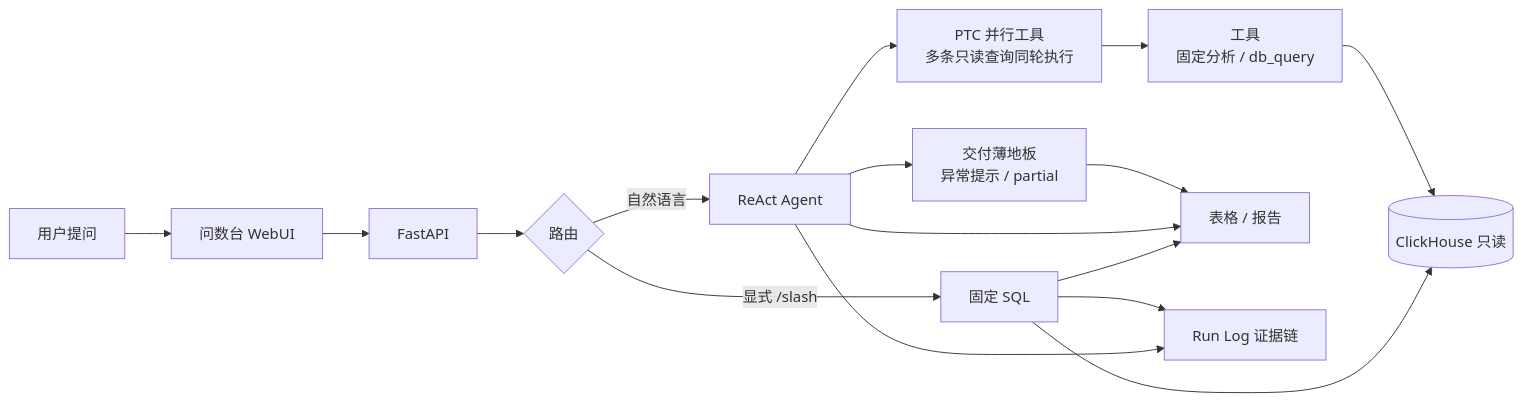
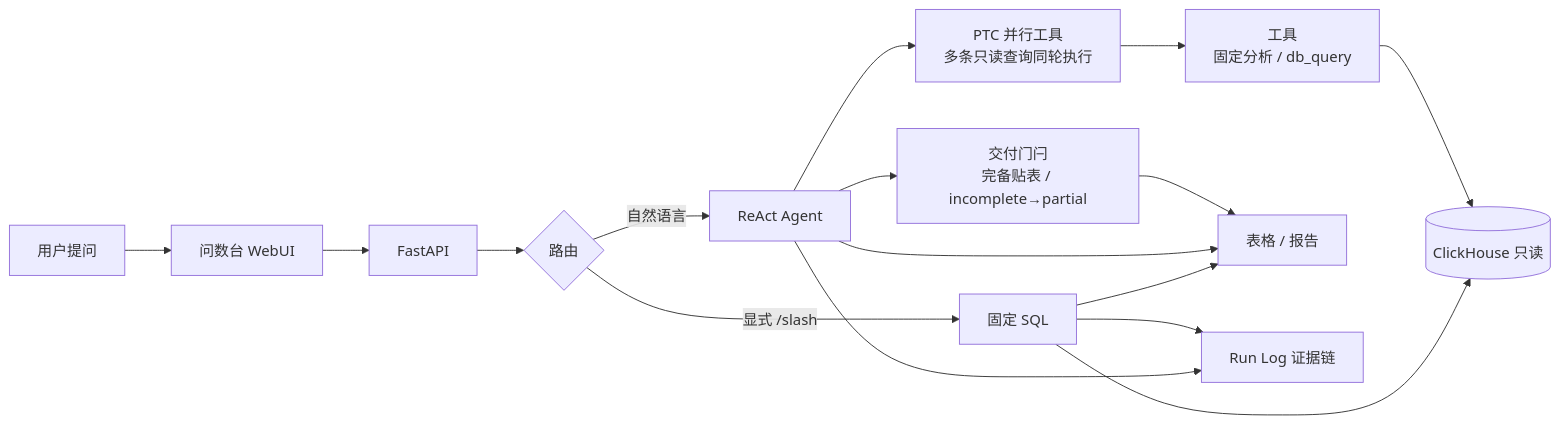
One commit to Jehuty-ML/nl2sql-agent changed the diagram in README.md. Above: the diagram before and after it, drawn with Mermaid. The commit also changed other lines of this file and 2 other files, not shown here.

Commit message:
更新 README：突出系统贴表与诚实交付优势，并刷新 Agent 多表截图

````diff
--- a/README.md
+++ b/README.md
@@ -58,18 +70,18 @@
 ```mermaid
 flowchart LR
   U[用户提问] --> UI[问数台 WebUI]
   UI --> API[FastAPI]
   API --> R{路由}
   R -->|显式 /slash| FX[固定 SQL]
   R -->|自然语言| AG[ReAct Agent]
   AG --> PTC[PTC 并行工具<br/>多条只读查询同轮执行]
   PTC --> T[工具<br/>固定分析 / db_query]
   FX --> CH[(ClickHouse 只读)]
   T --> CH
   FX --> OUT[表格 / 报告]
   AG --> OUT
   AG --> LOG[Run Log 证据链]
   FX --> LOG
-  AG --> FL[交付薄地板<br/>异常提示 / partial]
+  AG --> FL[交付门闩<br/>完备贴表 / incomplete→partial]
   FL --> OUT
 ```
````
